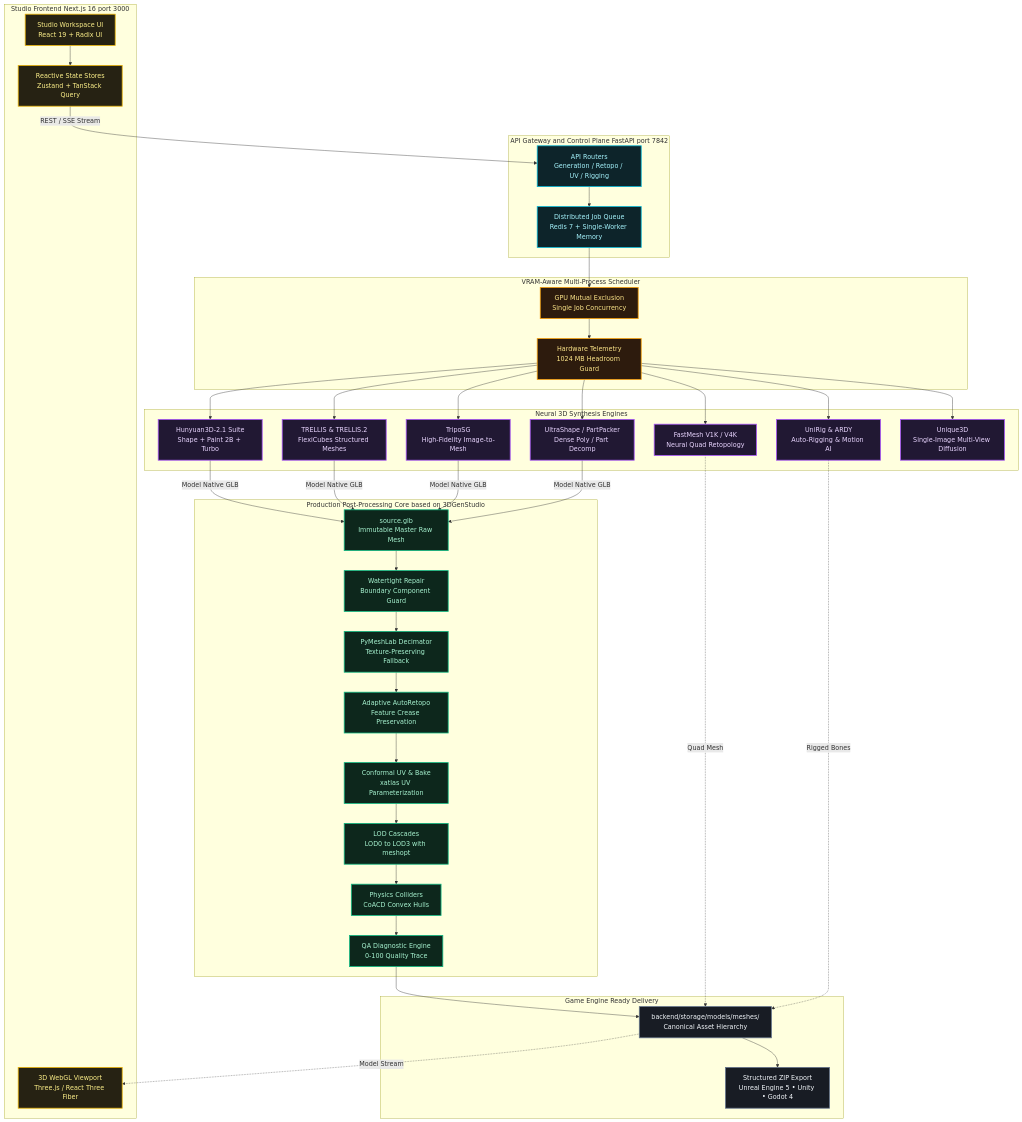
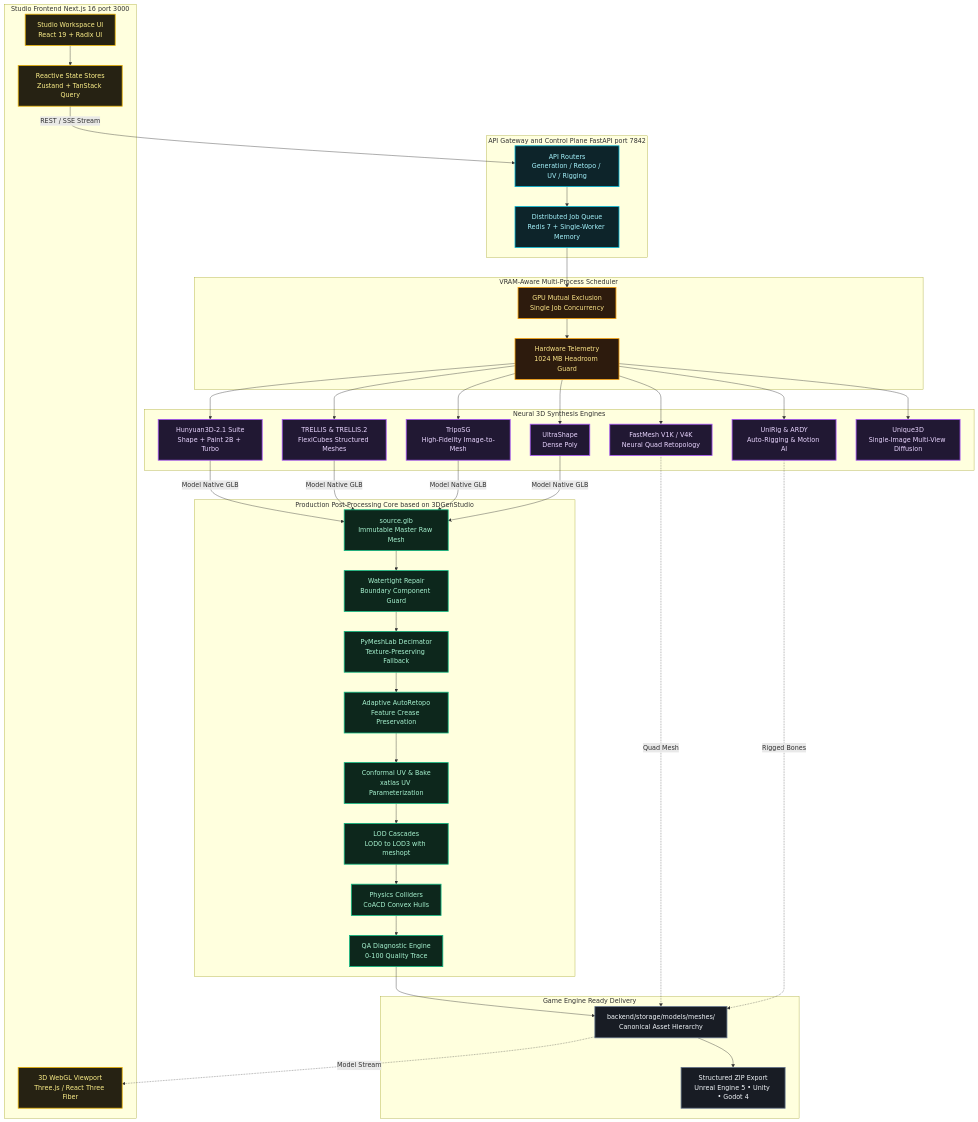
The diagram in README.md (Silentzx2/ForMash3D), drawn with Mermaid before and after one commit. The commit also changed other lines of this file and 96 other files, not shown here.

```diff
--- a/README.md
+++ b/README.md
@@ -143,7 +143,7 @@
         TRELLIS["TRELLIS & TRELLIS.2<br/>FlexiCubes Structured Meshes"]:::purple
         TRIPO["TripoSG<br/>High-Fidelity Image-to-Mesh"]:::purple
         RETOPO["FastMesh V1K / V4K<br/>Neural Quad Retopology"]:::purple
-        EXTRAS["UltraShape / PartPacker<br/>Dense Poly / Part Decomp"]:::purple
+        EXTRAS["UltraShape<br/>Dense Poly"]:::purple
         RIGGING["UniRig & ARDY<br/>Auto-Rigging & Motion AI"]:::purple
         UNIQUE3D["Unique3D<br/>Single-Image Multi-View Diffusion"]:::purple
     end
```
